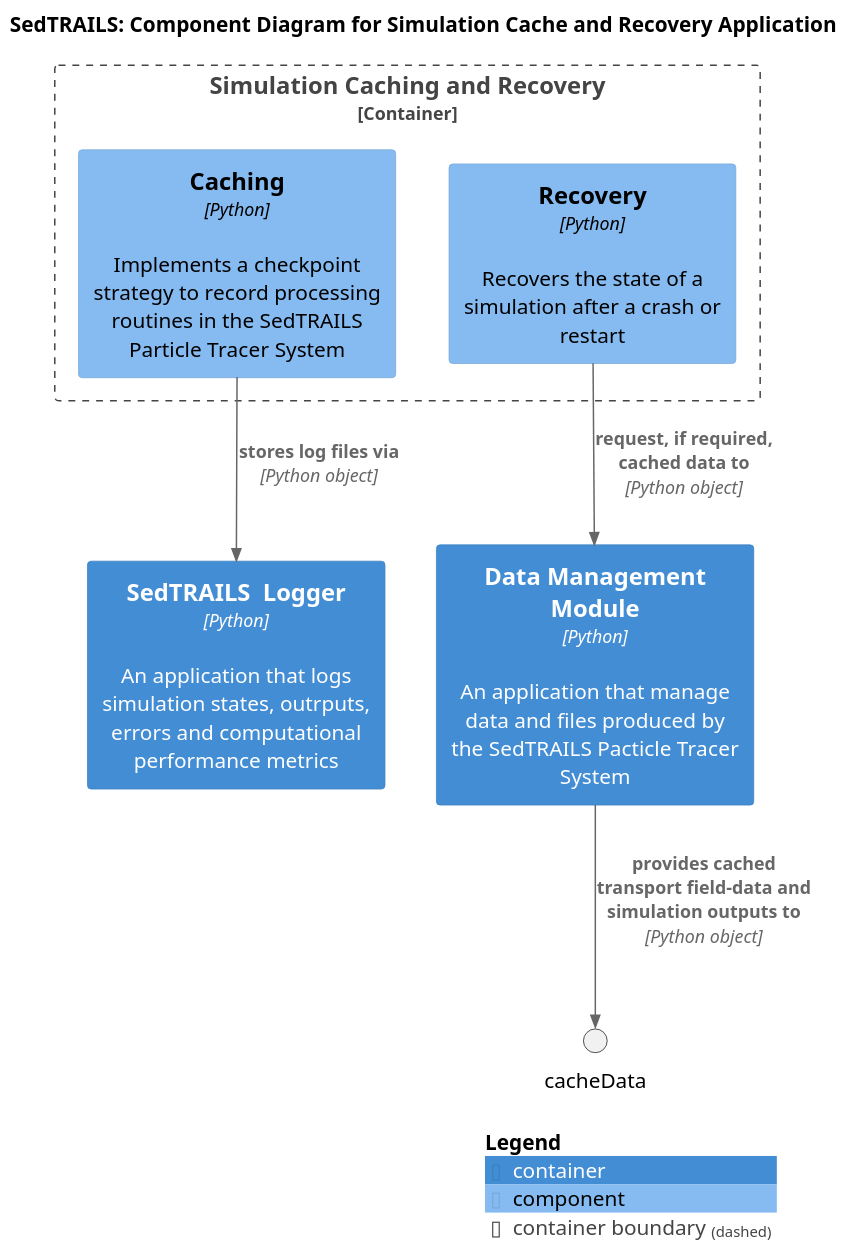
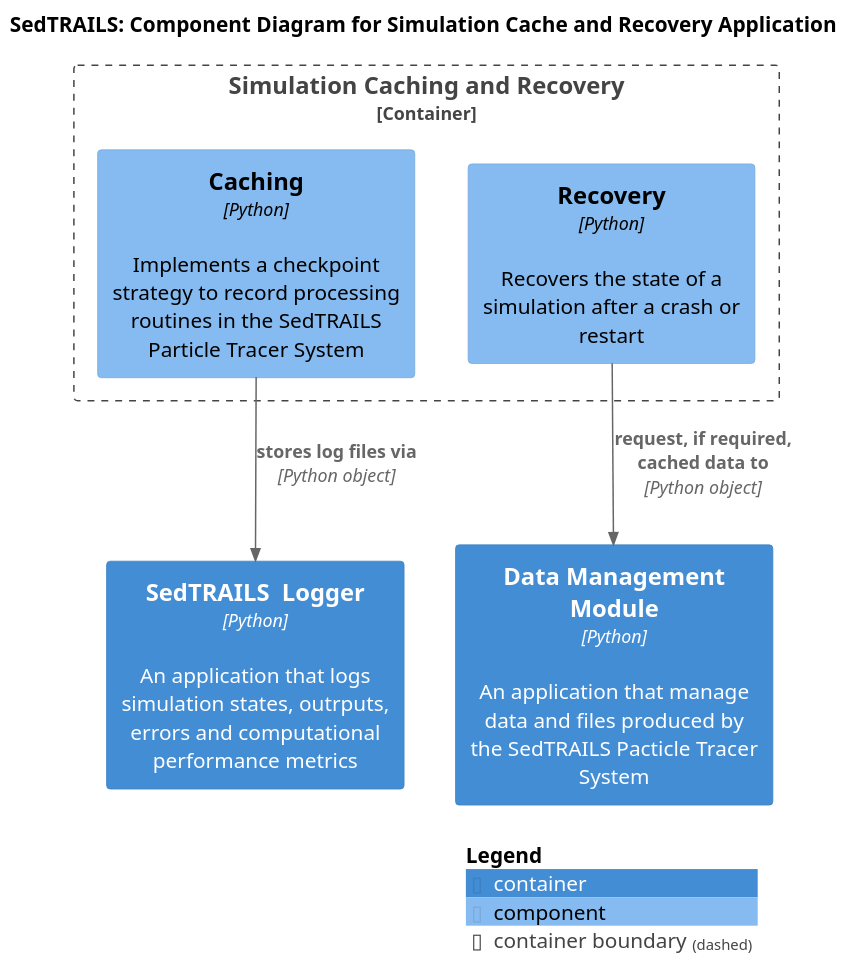
One commit to sgpearson17/sedtrails-sgp changed the diagram in diagrams/components-cache-app.puml. Above: the diagram before and after it, drawn with PlantUML.

Commit message:
chore: update component diagram to reflect changes in caching and logging relationships

```diff
--- a/diagrams/components-cache-app.puml
+++ b/diagrams/components-cache-app.puml
@@ -1,24 +1,24 @@
 @startuml SedtrailComponentsCache
 !include ./c4/C4_Component.puml
 
 ' LAYOUT_LANDSCAPE()
 
 title SedTRAILS: Component Diagram for Simulation Cache and Recovery Application
 scale 1.5
 
 Container(dataManager, "Data Management Module", "Python", "An application that manage data and files produced by the SedTRAILS Pacticle Tracer System")
 
 Container(sedtrailsLogger, "SedTRAILS  Logger", "Python", "An application that logs simulation states, outrputs, errors and computational performance metrics")
 
 Container_Boundary(cache, "Simulation Caching and Recovery", "Python", "Provides functionality to recover simulation output, allow restarts, and reusing simulation inputs and outputs"){
     Component(caching, "Caching", "Python", "Implements a checkpoint strategy to record processing routines in the SedTRAILS Particle Tracer System")
     Component(recovery, "Recovery", "Python", "Recovers the state of a simulation after a crash or restart")
 }
 
 Rel(recovery, dataManager , "request, if required, cached data to", "Python object")
 
-Rel(dataManager, cacheData, "provides cached transport field-data and simulation outputs to", "Python object")
+
 Rel(caching, sedtrailsLogger, "stores log files via", "Python object")
 
 SHOW_LEGEND()
 @enduml
```
